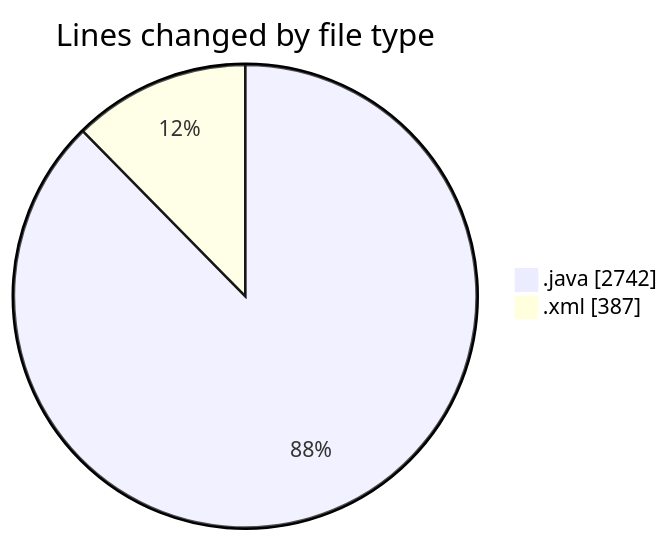
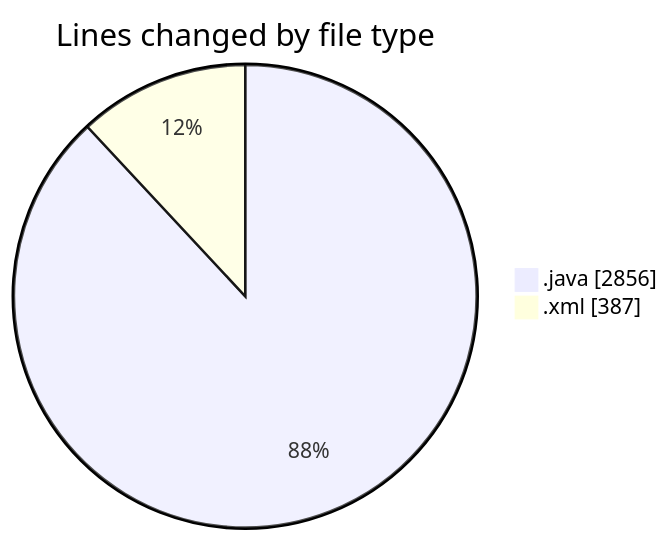
One commit to charlie-sans/code-tracking changed the first of 2 diagrams in 2025-05-01/jmasm/README.md. Above: the diagram before and after it, drawn with Mermaid. The commit also changed other lines of this file and 1 other file, not shown here.

````diff
--- a/2025-05-01/jmasm/README.md
+++ b/2025-05-01/jmasm/README.md
@@ -28,6 +28,6 @@
 ```mermaid
 pie showData
 title Lines changed by file type
-".java" : 2742
+".java" : 2856
 ".xml" : 387
 ```
````
